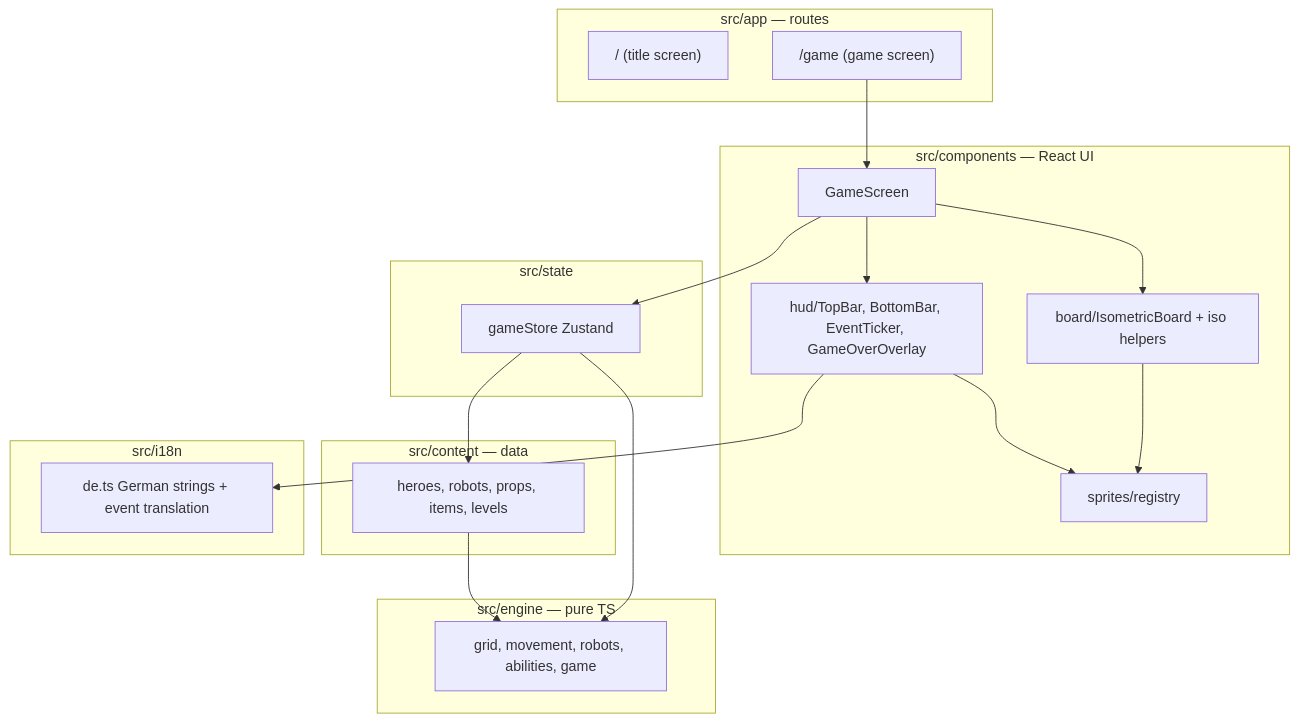
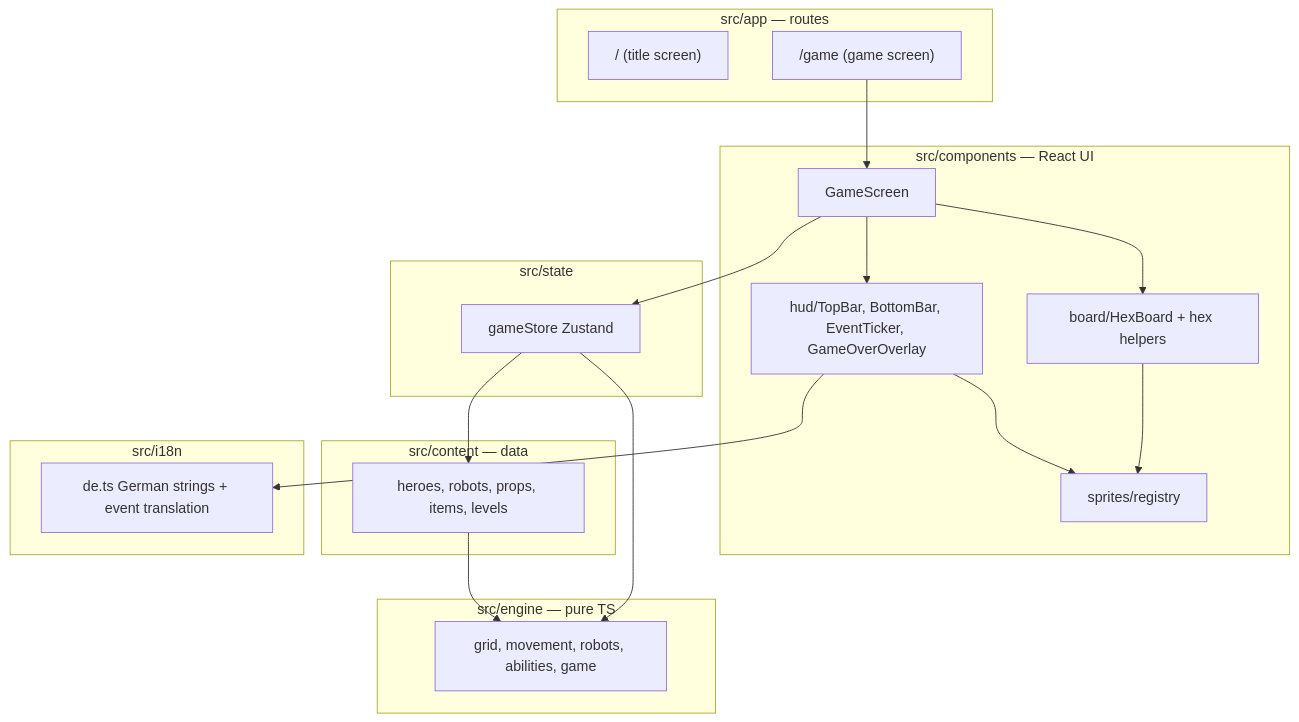
One commit to MarkDrei/Pet-s-Alliance changed the diagram in doc/arc42/05_building_blocks.md. Above: the diagram before and after it, drawn with Mermaid. The commit also changed other lines of this file and 9 other files, not shown here.

Commit message:
Update documentation for portrait hex board

````diff
--- a/doc/arc42/05_building_blocks.md
+++ b/doc/arc42/05_building_blocks.md
@@ -5,35 +5,35 @@
 ```mermaid
 flowchart TB
     subgraph app [src/app — routes]
         TitleRoute["/ (title screen)"]
         GameRoute["/game (game screen)"]
     end
     subgraph ui [src/components — React UI]
         GameScreen[GameScreen]
-        Board[board/IsometricBoard + iso helpers]
+        Board[board/HexBoard + hex helpers]
         Hud[hud/TopBar, BottomBar, EventTicker, GameOverOverlay]
         Sprites[sprites/registry]
     end
     subgraph stateLayer [src/state]
         Store[gameStore Zustand]
     end
     subgraph engineLayer [src/engine — pure TS]
         Engine[grid, movement, robots, abilities, game]
     end
     subgraph contentLayer [src/content — data]
         ContentDefs[heroes, robots, props, items, levels]
     end
     subgraph i18nLayer [src/i18n]
         De[de.ts German strings + event translation]
     end
     GameRoute --> GameScreen
     GameScreen --> Board
     GameScreen --> Hud
     Board --> Sprites
     Hud --> Sprites
     GameScreen --> Store
     Store --> Engine
     Store --> ContentDefs
     Hud --> De
     ContentDefs --> Engine
 ```
````
